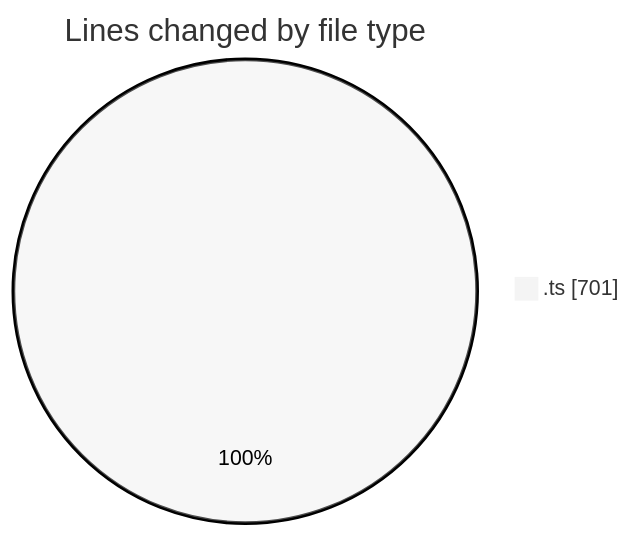
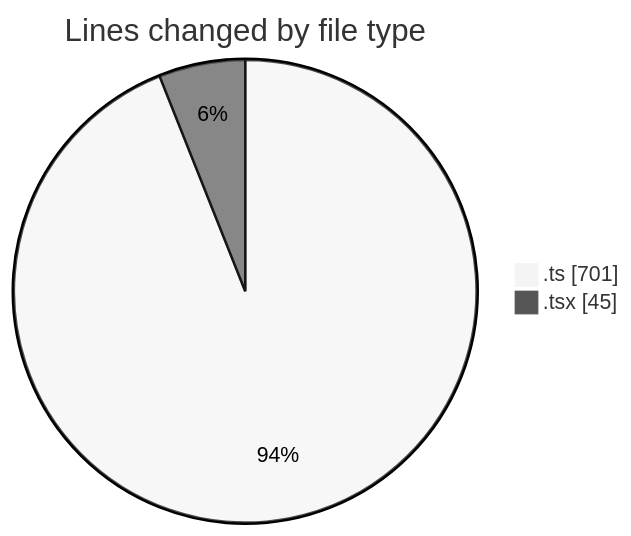
Before and after one commit to momahboobian/code-tracking: the first of 2 diagrams in 2026-10-29/cda/README.md, drawn with Mermaid (neutral theme). The commit also changed other lines of this file and 1 other file, not shown here.

````diff
--- a/2026-10-29/cda/README.md
+++ b/2026-10-29/cda/README.md
@@ -22,5 +23,6 @@
 ```mermaid
 pie showData
 title Lines changed by file type
 ".ts" : 701
+".tsx" : 45
 ```
````
